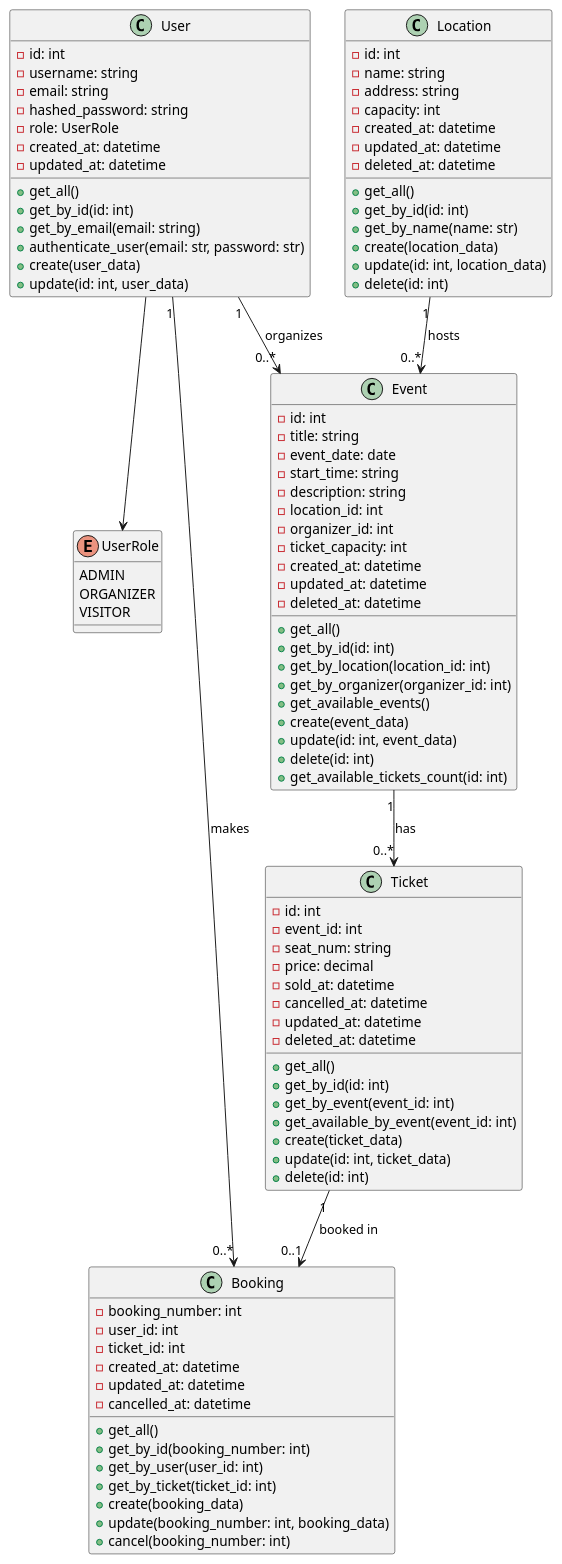
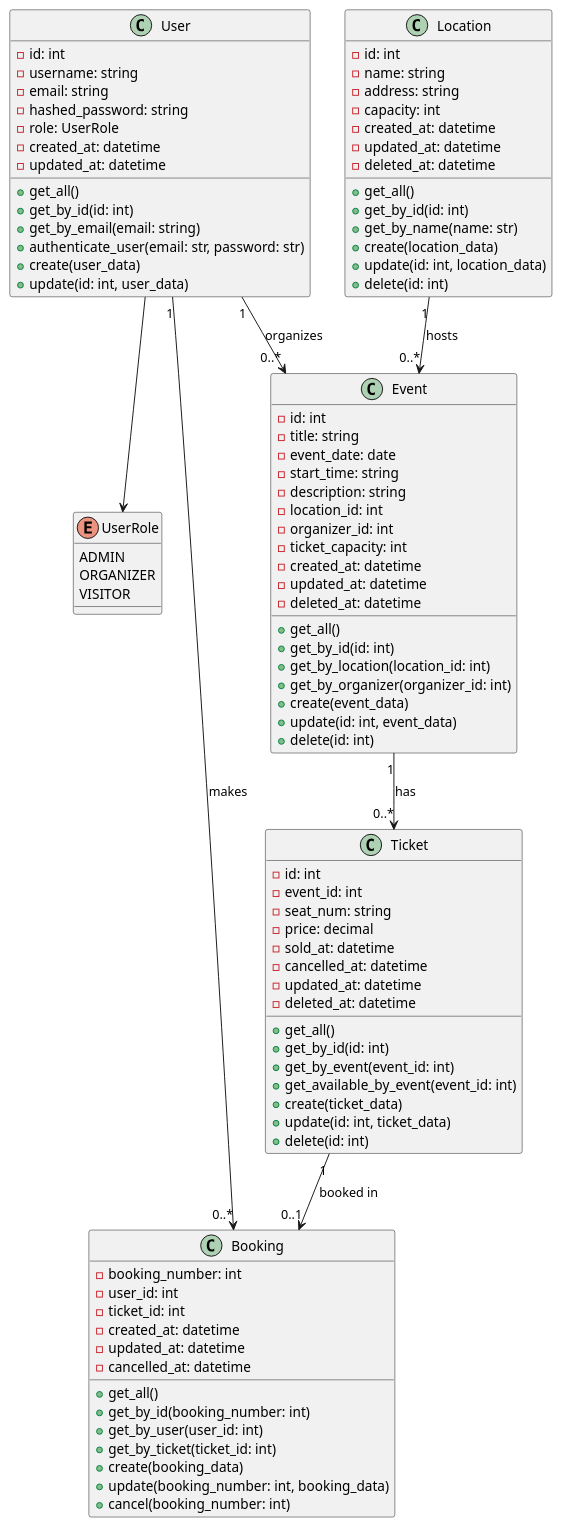
The second of 2 diagrams in backend/app/uml.md (JulianBierbaum/docker-fullstack-filtered), drawn with PlantUML before and after one commit. The commit also changed 5 other files, not shown here.

```diff
--- a/backend/app/uml.md
+++ b/backend/app/uml.md
@@ -133,11 +133,9 @@
   + get_by_id(id: int)
   + get_by_location(location_id: int)
   + get_by_organizer(organizer_id: int)
-  + get_available_events()
   + create(event_data)
   + update(id: int, event_data)
   + delete(id: int)
-  + get_available_tickets_count(id: int)
 }
 
 class Ticket {
```
